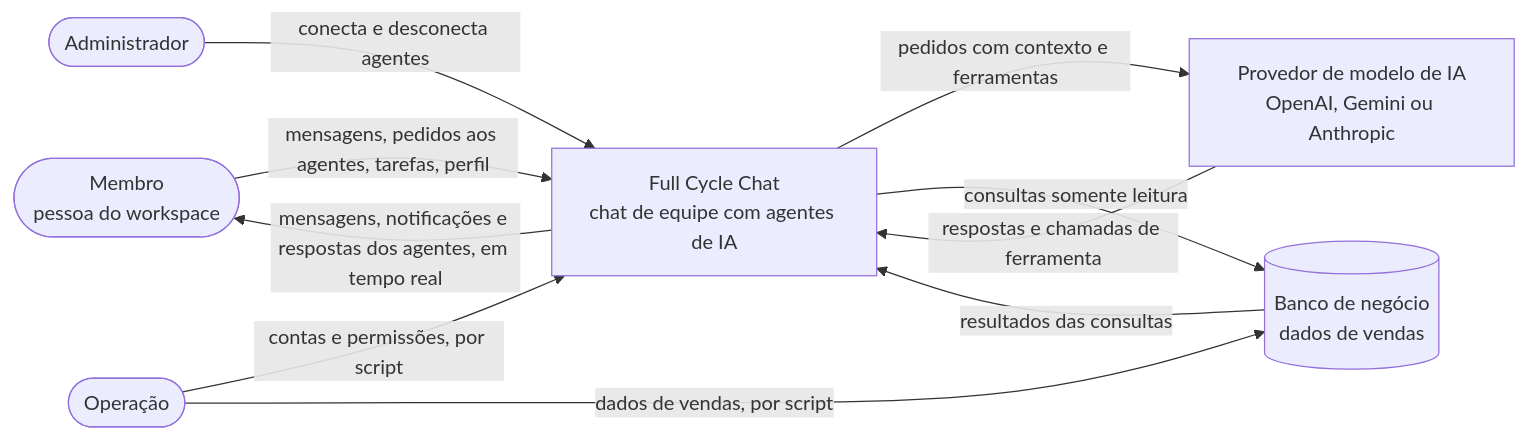
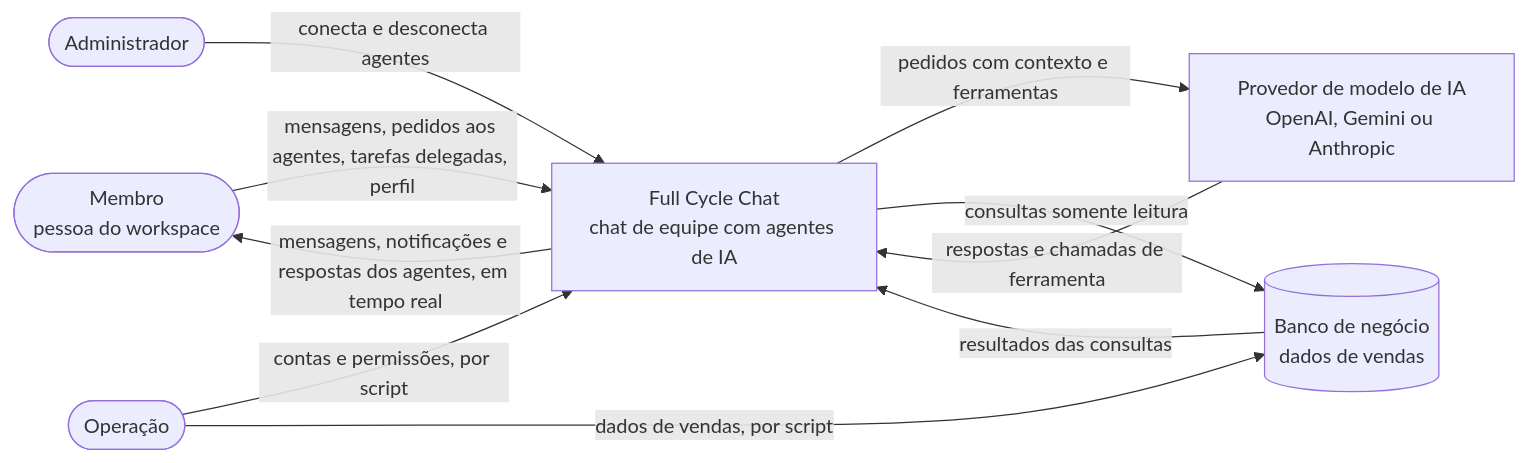
Before and after one commit to salvatoreDeploy/slack-agentico: the first of 2 diagrams in docs/hld.md, drawn with Mermaid. The commit also changed other lines of this file and 17 other files, not shown here.

````diff
--- a/docs/hld.md
+++ b/docs/hld.md
@@ -96,19 +96,19 @@
 ```mermaid
 flowchart LR
   membro(["Membro<br/>pessoa do workspace"])
   admin(["Administrador"])
   oper(["Operação"])
   fcc["Full Cycle Chat<br/>chat de equipe com agentes de IA"]
   llm["Provedor de modelo de IA<br/>OpenAI, Gemini ou Anthropic"]
   neg[("Banco de negócio<br/>dados de vendas")]
 
-  membro -->|"mensagens, pedidos aos agentes, tarefas, perfil"| fcc
+  membro -->|"mensagens, pedidos aos agentes, tarefas delegadas, perfil"| fcc
   fcc -->|"mensagens, notificações e respostas dos agentes, em tempo real"| membro
   admin -->|"conecta e desconecta agentes"| fcc
   oper -->|"contas e permissões, por script"| fcc
   oper -->|"dados de vendas, por script"| neg
   fcc -->|"pedidos com contexto e ferramentas"| llm
   llm -->|"respostas e chamadas de ferramenta"| fcc
   fcc -->|"consultas somente leitura"| neg
   neg -->|"resultados das consultas"| fcc
 ```
````
